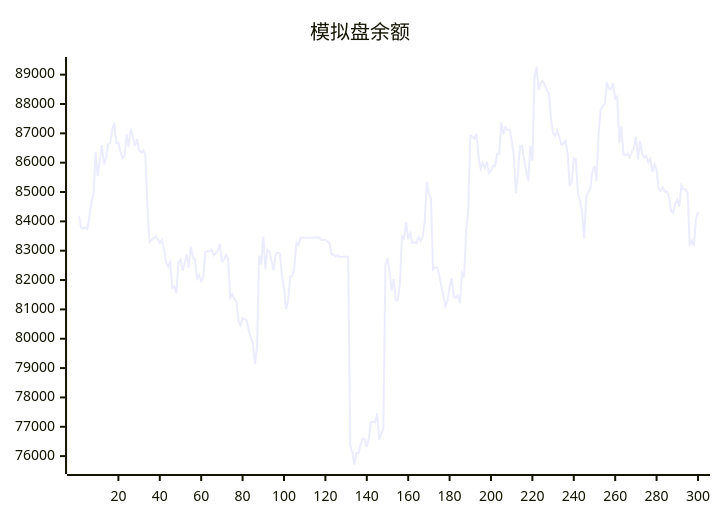
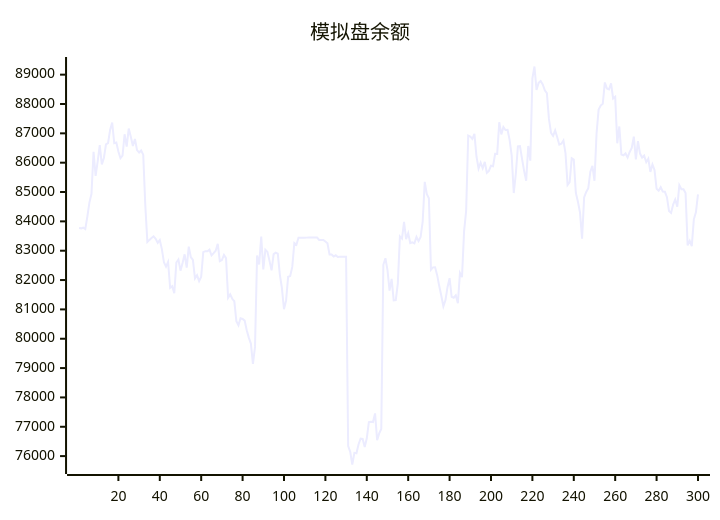
One commit to aahl/ai-trading changed the diagram in README.md. Above: the diagram before and after it, drawn with Mermaid. The commit also changed other lines of this file and 1 other file, not shown here.

````diff
--- a/README.md
+++ b/README.md
@@ -5,5 +5,5 @@
 ```mermaid
 xychart
     title "模拟盘余额"
-    line [84177,83775,83762,83785,83738,84160,84639,84939,86370,85548,86046,86599,85942,86161,86622,86664,87115,87369,86666,86685,86384,86152,86243,86969,86548,87164,86885,86566,86809,86427,86348,86417,86273,84538,83299,83369,83430,83490,83404,83270,83362,83056,82605,82459,82614,81734,81788,81551,82598,82702,82320,82580,82878,82426,83139,82778,82686,82056,82166,81963,82110,82951,82983,82984,83038,82838,82915,82998,83235,82642,82682,82858,82746,81396,81512,81362,81277,80600,80461,80699,80673,80616,80288,80038,79836,79142,79722,82837,82533,83480,82366,83032,82960,82654,82330,82883,82934,82901,82188,81728,81005,81298,82110,82135,82449,83264,83203,83440,83439,83440,83440,83446,83447,83448,83447,83448,83449,83369,83369,83369,83313,83256,82872,82873,82801,82844,82785,82791,82791,82793,82794,76339,76145,75714,76110,76096,76397,76594,76585,76310,76607,77160,77170,77160,77456,76541,76774,76927,82520,82744,82337,81639,82040,81307,81314,81887,83490,83414,83984,83396,83594,83261,83287,83253,83470,83327,83465,83987,85348,84930,84786,82355,82433,82438,82167,81795,81466,81105,81315,81756,82064,81426,81398,81481,81210,82242,82099,83658,84359,86925,86892,86814,86980,86203,85802,86003,85811,86028,85657,85721,85896,85880,86300,86299,87378,86965,87214,87115,87118,86780,86238,84966,85623,86555,86562,86129,85722,85387,86569,86070,88870,89278,88477,88720,88781,88668,88467,88372,87493,87018,86917,87102,86870,86613,86644,86758,86317,85242,85334,86149,86106,84968,84671,84302,83410,84816,85001,85127,85693,85891,85384,87001,87811,87945,88007,88734,88528,88495,88705,88189,88248,86662,87234,86279,86251,86314,86177,86364,86503,86886,86114,86731,86310,86176,86240,86017,86136,85685,85938,85749,85111,85044,85164,85016,85008,84824,84354,84287,84572,84745,84500,85234,85096,85095,84970,83180,83338,83157,84070,84309]
+    line [83775,83762,83785,83738,84160,84639,84939,86370,85548,86046,86599,85942,86161,86622,86664,87115,87369,86666,86685,86384,86152,86243,86969,86548,87164,86885,86566,86809,86427,86348,86417,86273,84538,83299,83369,83430,83490,83404,83270,83362,83056,82605,82459,82614,81734,81788,81551,82598,82702,82320,82580,82878,82426,83139,82778,82686,82056,82166,81963,82110,82951,82983,82984,83038,82838,82915,82998,83235,82642,82682,82858,82746,81396,81512,81362,81277,80600,80461,80699,80673,80616,80288,80038,79836,79142,79722,82837,82533,83480,82366,83032,82960,82654,82330,82883,82934,82901,82188,81728,81005,81298,82110,82135,82449,83264,83203,83440,83439,83440,83440,83446,83447,83448,83447,83448,83449,83369,83369,83369,83313,83256,82872,82873,82801,82844,82785,82791,82791,82793,82794,76339,76145,75714,76110,76096,76397,76594,76585,76310,76607,77160,77170,77160,77456,76541,76774,76927,82520,82744,82337,81639,82040,81307,81314,81887,83490,83414,83984,83396,83594,83261,83287,83253,83470,83327,83465,83987,85348,84930,84786,82355,82433,82438,82167,81795,81466,81105,81315,81756,82064,81426,81398,81481,81210,82242,82099,83658,84359,86925,86892,86814,86980,86203,85802,86003,85811,86028,85657,85721,85896,85880,86300,86299,87378,86965,87214,87115,87118,86780,86238,84966,85623,86555,86562,86129,85722,85387,86569,86070,88870,89278,88477,88720,88781,88668,88467,88372,87493,87018,86917,87102,86870,86613,86644,86758,86317,85242,85334,86149,86106,84968,84671,84302,83410,84816,85001,85127,85693,85891,85384,87001,87811,87945,88007,88734,88528,88495,88705,88189,88248,86662,87234,86279,86251,86314,86177,86364,86503,86886,86114,86731,86310,86176,86240,86017,86136,85685,85938,85749,85111,85044,85164,85016,85008,84824,84354,84287,84572,84745,84500,85234,85096,85095,84970,83180,83338,83157,84070,84309,84922]
 ```
````
